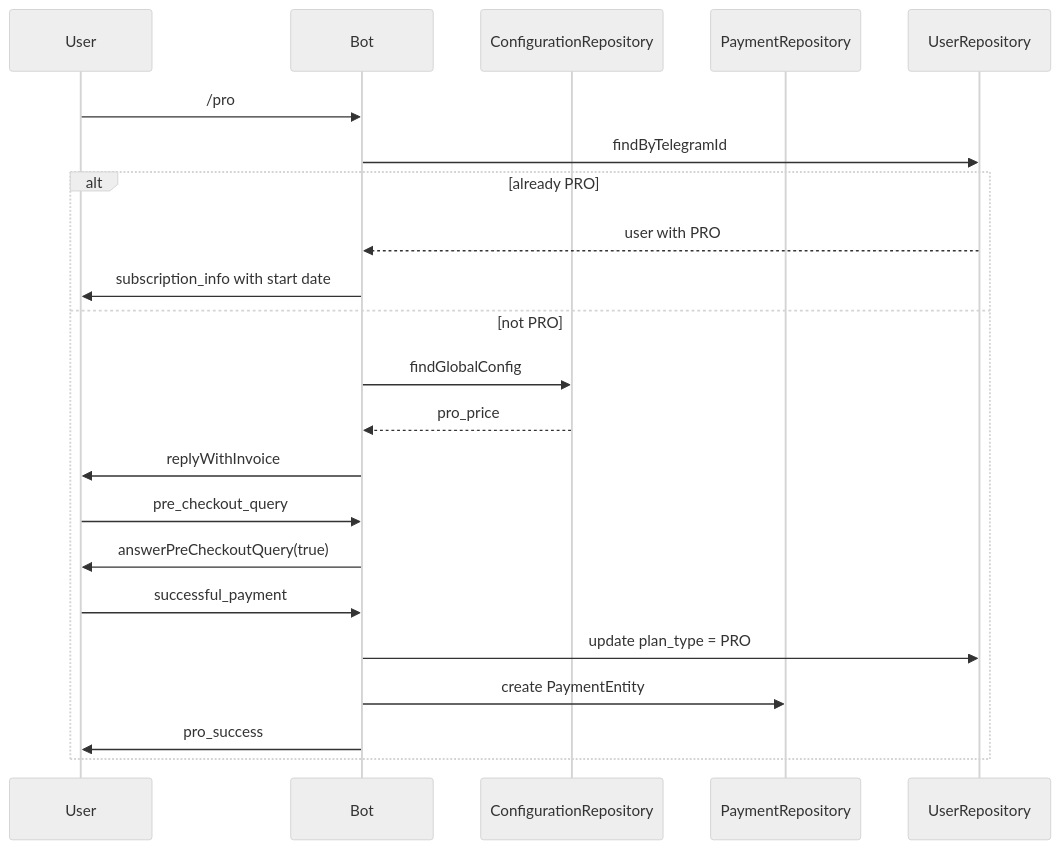
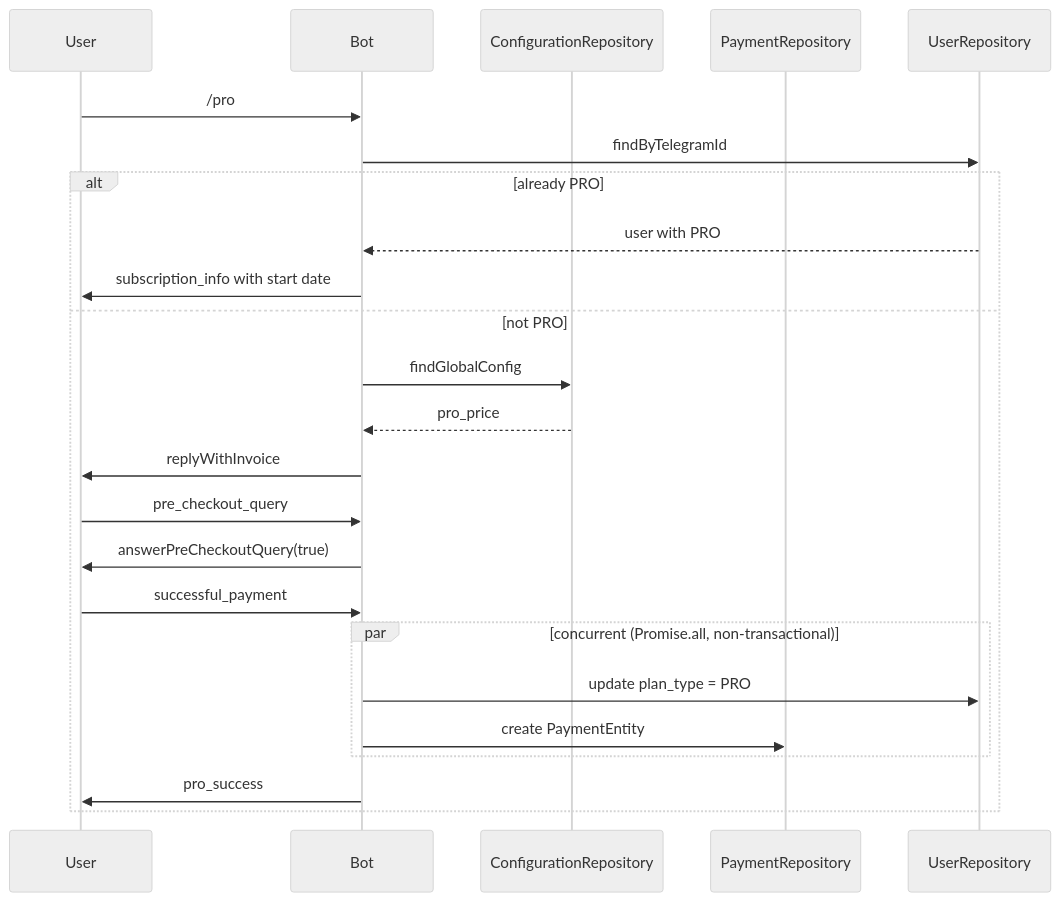
One commit to gabrielrufino/pdf-studio-bot changed the first of 2 diagrams in docs/pro.md. Above: the diagram before and after it, drawn with Mermaid (neutral theme). The commit also changed other lines of this file and 7 other files, not shown here.

````diff
--- a/docs/pro.md
+++ b/docs/pro.md
@@ -16,25 +16,27 @@
 ```mermaid
 sequenceDiagram
     participant U as User
     participant B as Bot
     participant C as ConfigurationRepository
     participant P as PaymentRepository
     participant R as UserRepository
 
     U->>B: /pro
     B->>R: findByTelegramId
     alt already PRO
         R-->>B: user with PRO
         B->>U: subscription_info with start date
     else not PRO
         B->>C: findGlobalConfig
         C-->>B: pro_price
         B->>U: replyWithInvoice
         U->>B: pre_checkout_query
         B->>U: answerPreCheckoutQuery(true)
         U->>B: successful_payment
-        B->>R: update plan_type = PRO
-        B->>P: create PaymentEntity
+        par concurrent (Promise.all, non-transactional)
+            B->>R: update plan_type = PRO
+            B->>P: create PaymentEntity
+        end
         B->>U: pro_success
     end
 ```
````
